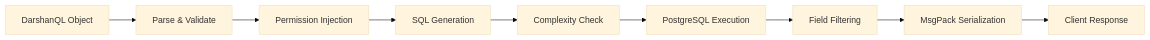
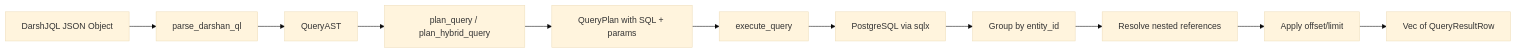
One commit to darshjme/darshjdb changed the diagram in docs/query-language.md. Above: the diagram before and after it, drawn with Mermaid (base theme). The commit also changed other lines of this file, not shown here.

First line of the commit message:
docs: rewrite DarshJQL query language reference from source

````diff
--- a/docs/query-language.md
+++ b/docs/query-language.md
@@ -7,11 +7,13 @@
 ```mermaid
 flowchart LR
-    A[DarshanQL Object] --> B[Parse & Validate]
-    B --> C[Permission Injection]
-    C --> D[SQL Generation]
-    D --> E[Complexity Check]
-    E --> F[PostgreSQL Execution]
-    F --> G[Field Filtering]
-    G --> H[MsgPack Serialization]
-    H --> I[Client Response]
+    A[DarshJQL JSON Object] --> B[parse_darshan_ql]
+    B --> C[QueryAST]
+    C --> D[plan_query / plan_hybrid_query]
+    D --> E[QueryPlan with SQL + params]
+    E --> F[execute_query]
+    F --> G[PostgreSQL via sqlx]
+    G --> H[Group by entity_id]
+    H --> I[Resolve nested references]
+    I --> J[Apply offset/limit]
+    J --> K[Vec of QueryResultRow]
 ```
````
